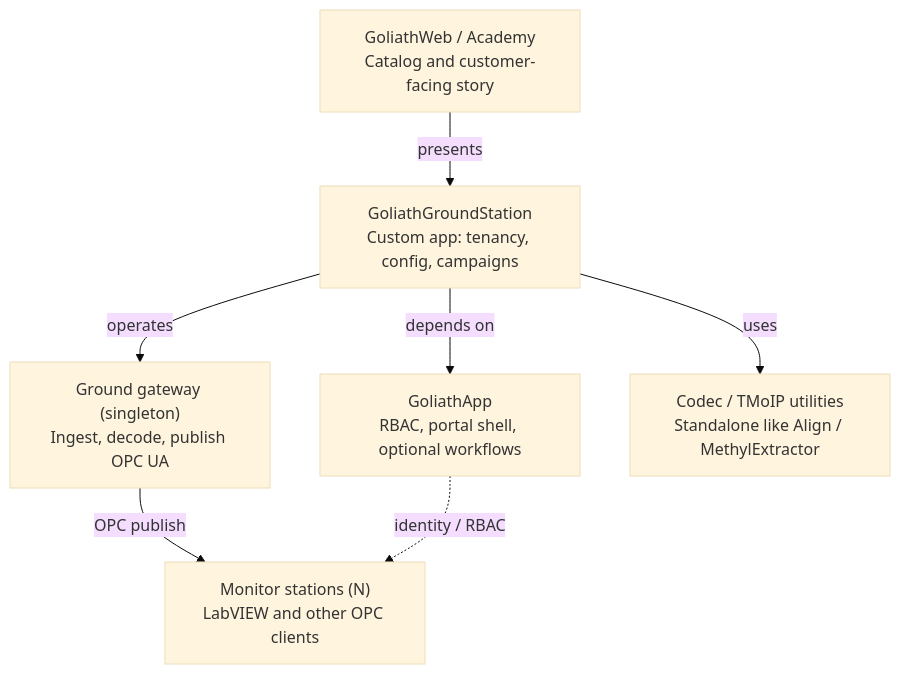
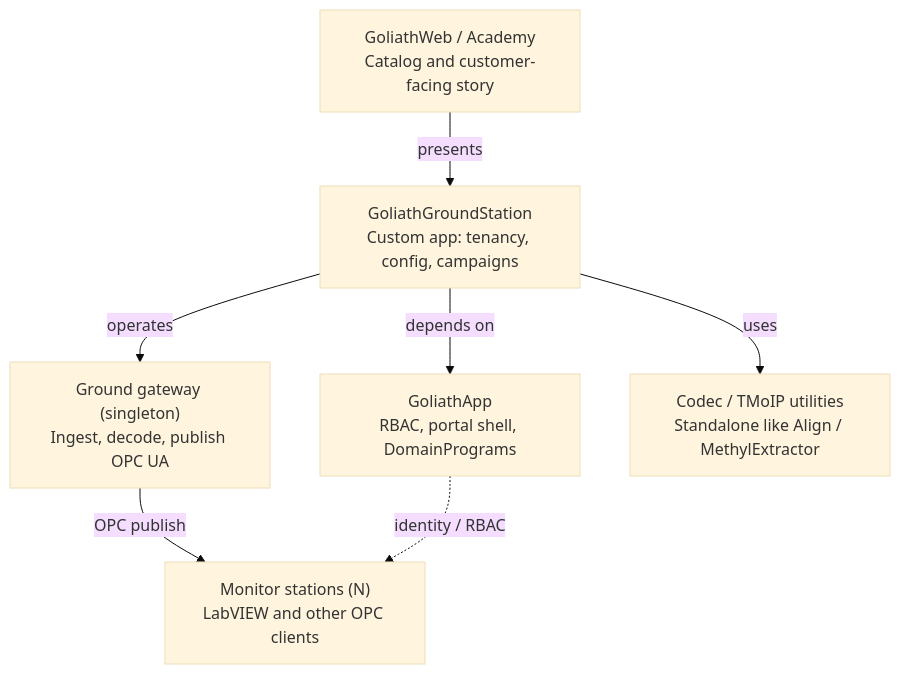
Before and after one commit to Goliath-Research/GoliathGroundStation: the first of 5 diagrams in docs/conversion-plan.md, drawn with Mermaid (base theme). The commit also changed other lines of this file and 5 other files, not shown here.

First line of the commit message:
docs: encode Oct 27 plan — DomainPrograms, dual activation tiers, Phase 4 UI (#9)

````diff
--- a/docs/conversion-plan.md
+++ b/docs/conversion-plan.md
@@ -27,15 +29,15 @@
 ```mermaid
 flowchart TB
   web["GoliathWeb / Academy\nCatalog and customer-facing story"]
   ggs["GoliathGroundStation\nCustom app: tenancy, config, campaigns"]
-  app["GoliathApp\nRBAC, portal shell, optional workflows"]
+  app["GoliathApp\nRBAC, portal shell, DomainPrograms"]
   bridge["Ground gateway (singleton)\nIngest, decode, publish OPC UA"]
   codec["Codec / TMoIP utilities\nStandalone like Align / MethylExtractor"]
   ui["Monitor stations (N)\nLabVIEW and other OPC clients"]
   web -->|presents| ggs
   ggs -->|depends on| app
   ggs -->|operates| bridge
   ggs -->|uses| codec
   bridge -->|OPC publish| ui
   app -.->|identity / RBAC| ui
 ```
````
